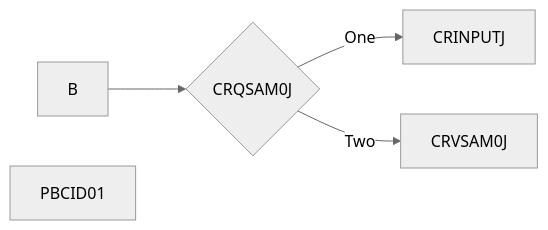
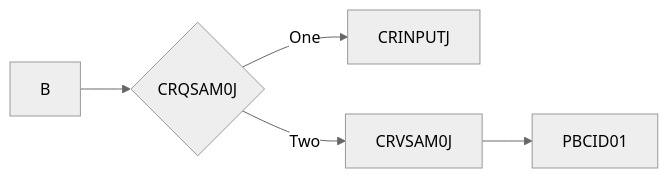
One commit to emreakdik/Cobol_Bootcamp changed the diagram in week_3/README.MD. Above: the diagram before and after it, drawn with Mermaid (neutral theme).

````diff
--- a/week_3/README.MD
+++ b/week_3/README.MD
@@ -1,7 +1,7 @@
 ```mermaid
 graph LR
   B --> C{CRQSAM0J}
   C -->|One| D[CRINPUTJ]
   C -->|Two| E[CRVSAM0J]
-    A[PBCID01]
+    --> A[PBCID01]
 ```
````
